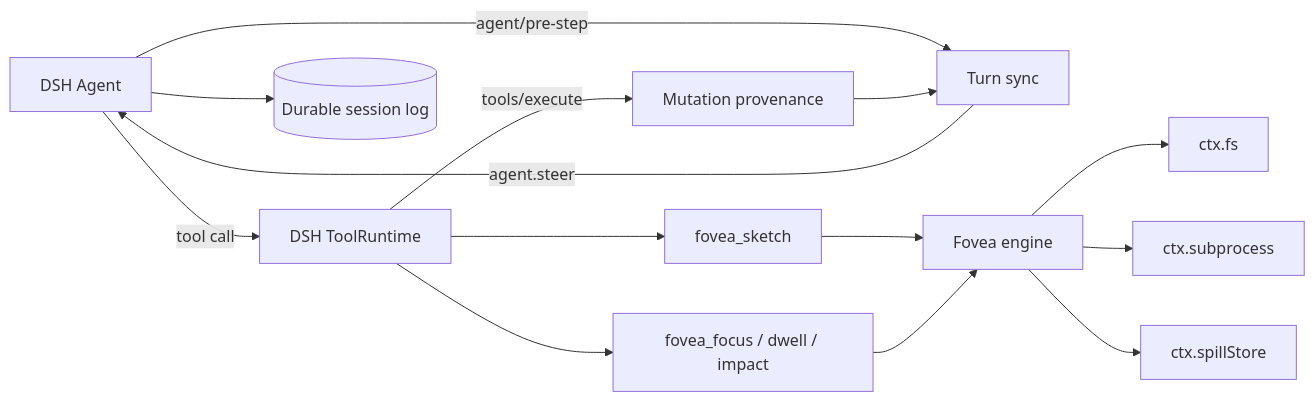
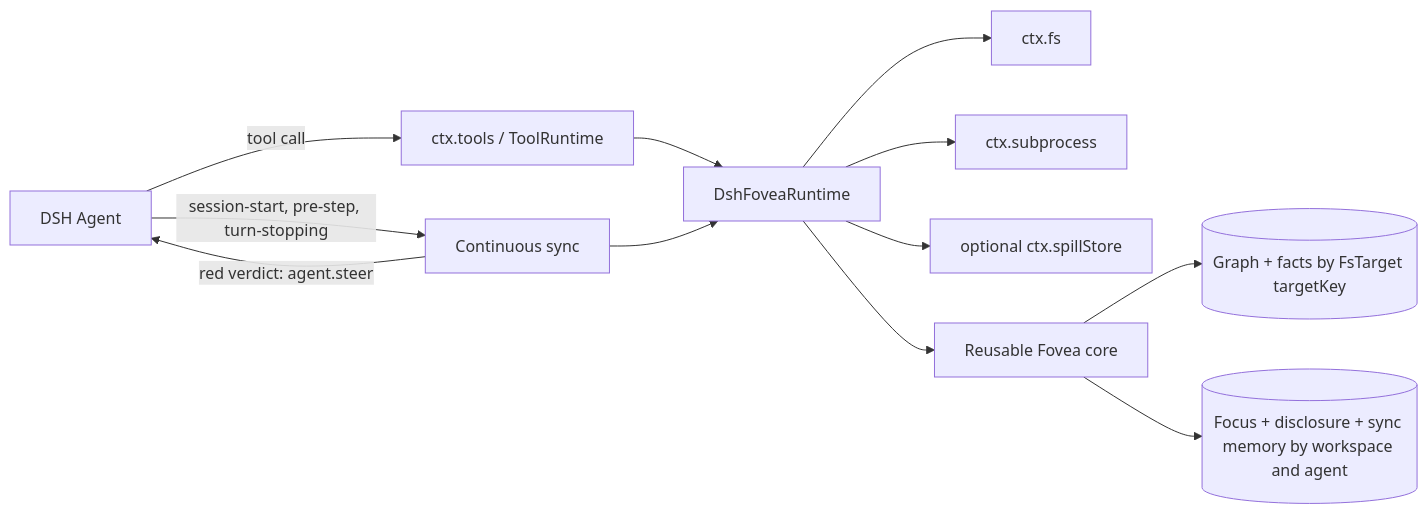
Before and after one commit to monotykamary/dsh-fovea: the diagram in README.md, drawn with Mermaid. The commit also changed other lines of this file and 84 other files, not shown here.

````diff
--- a/README.md
+++ b/README.md
@@ -55,16 +209,14 @@
 ```mermaid
 flowchart LR
-  Agent[DSH Agent] -->|agent/pre-step| Sync[Turn sync]
-  Agent -->|tool call| Tools[DSH ToolRuntime]
-  Tools --> Sketch[fovea_sketch]
-  Tools --> Focus[fovea_focus / dwell / impact]
-  Sketch --> Engine[Fovea engine]
-  Focus --> Engine
-  Engine --> FS[ctx.fs]
-  Engine --> Proc[ctx.subprocess]
-  Engine --> Spill[ctx.spillStore]
-  Tools -->|tools/execute| Provenance[Mutation provenance]
-  Provenance --> Sync
-  Sync -->|agent.steer| Agent
-  Agent --> Log[(Durable session log)]
+  Agent[DSH Agent] -->|tool call| Tools[ctx.tools / ToolRuntime]
+  Agent -->|session-start, pre-step, turn-stopping| Sync[Continuous sync]
+  Tools --> Adapter[DshFoveaRuntime]
+  Sync --> Adapter
+  Adapter --> FS[ctx.fs]
+  Adapter --> Proc[ctx.subprocess]
+  Adapter --> Spill[optional ctx.spillStore]
+  Adapter --> Core[Reusable Fovea core]
+  Core --> Shared[(Graph + facts by FsTarget targetKey)]
+  Core --> Scoped[(Focus + disclosure + sync memory by workspace and agent)]
+  Sync -->|red verdict: agent.steer| Agent
 ```
````
